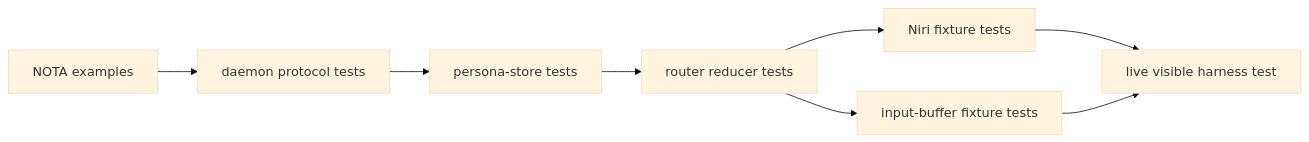
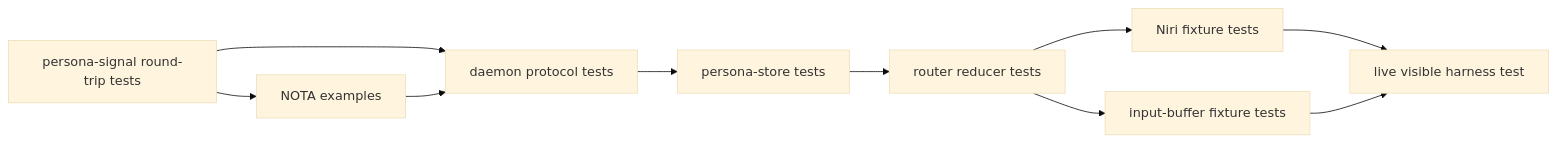
Diagram 18 of 18 in reports/operator/9-persona-message-router-architecture.md (LiGoldragon/primary), drawn with Mermaid (base theme) before and after one commit. The commit also changed other lines of this file, not shown here.

Commit message:
integrate Persona contract repo design

````diff
--- a/reports/operator/9-persona-message-router-architecture.md
+++ b/reports/operator/9-persona-message-router-architecture.md
@@ -587,18 +675,21 @@
 ```mermaid
 flowchart LR
+    contract["persona-signal round-trip tests"]
     nota["NOTA examples"]
     daemon["daemon protocol tests"]
     pstore["persona-store tests"]
     reducer["router reducer tests"]
     focus["Niri fixture tests"]
     input["input-buffer fixture tests"]
     live["live visible harness test"]
 
+    contract --> nota
+    contract --> daemon
     nota --> daemon
     daemon --> pstore
     pstore --> reducer
     reducer --> focus
     reducer --> input
     focus --> live
     input --> live
 ```
````
